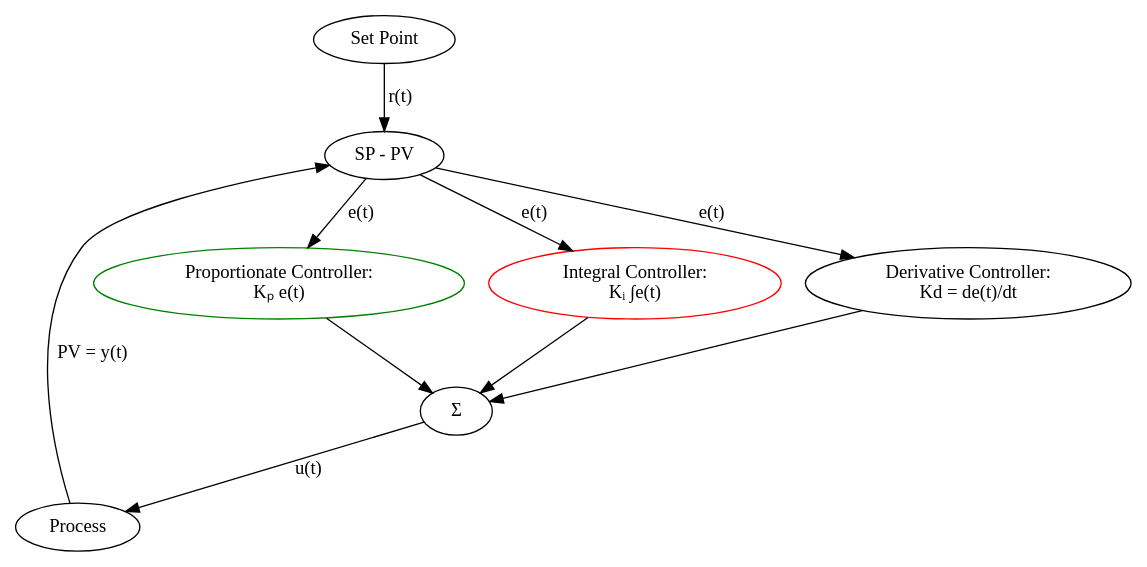
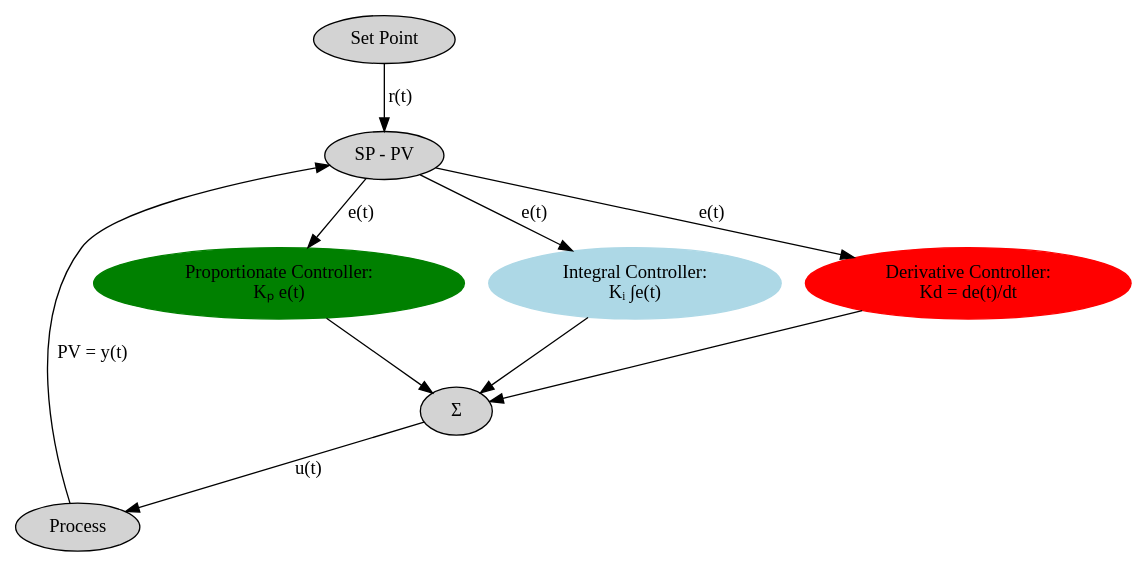
One commit to brain-fuel-co/feedback changed the diagram in pid-dotfiles/pid-controller.dot. Above: the diagram before and after it, drawn with Graphviz. The commit also changed 8 other files, not shown here.

```diff
--- a/pid-dotfiles/pid-controller.dot
+++ b/pid-dotfiles/pid-controller.dot
@@ -1,19 +1,20 @@
 digraph PID {
+    node [style=filled];
     SP [label="Set Point"];
     PR [label="Process"];
     S1 [label="SP - PV"];
     P  [color=green,label="Proportionate Controller:\nKₚ e(t)"];
-    I  [color=red,label="Integral Controller:\nKᵢ ∫e(t)"];
-    D  [label="Derivative Controller:\nKd = de(t)/dt"];
+    I  [color=lightblue,label="Integral Controller:\nKᵢ ∫e(t)"];
+    D  [color=red,label="Derivative Controller:\nKd = de(t)/dt"];
     S2 [label="Σ"];
 
     SP -> S1 [label="r(t)"];
     PR -> S1 [label="PV = y(t)"];
     S1 -> P  [label="e(t)"];
     S1 -> I  [label="e(t)"];
     S1 -> D  [label="e(t)"];
     P  -> S2;
     I  -> S2;
     D  -> S2;
     S2 -> PR [label="u(t)"];
 }
```
